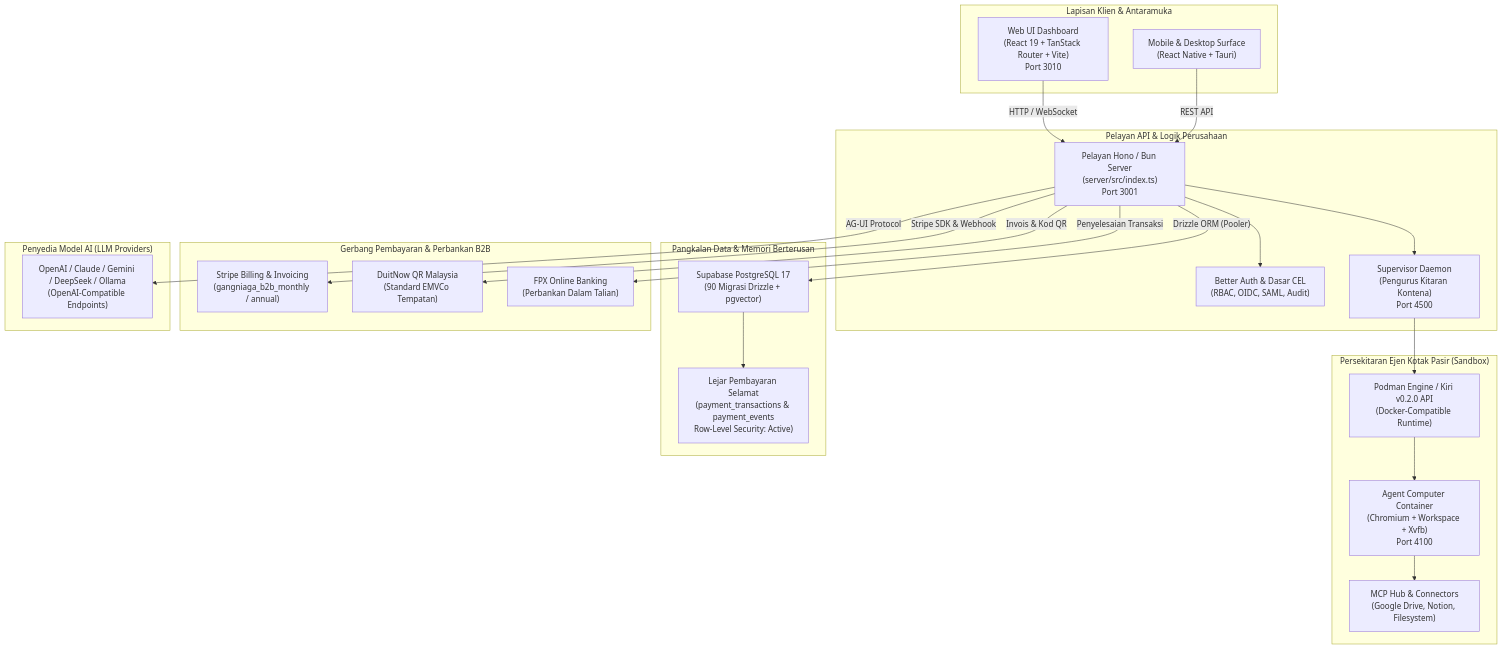
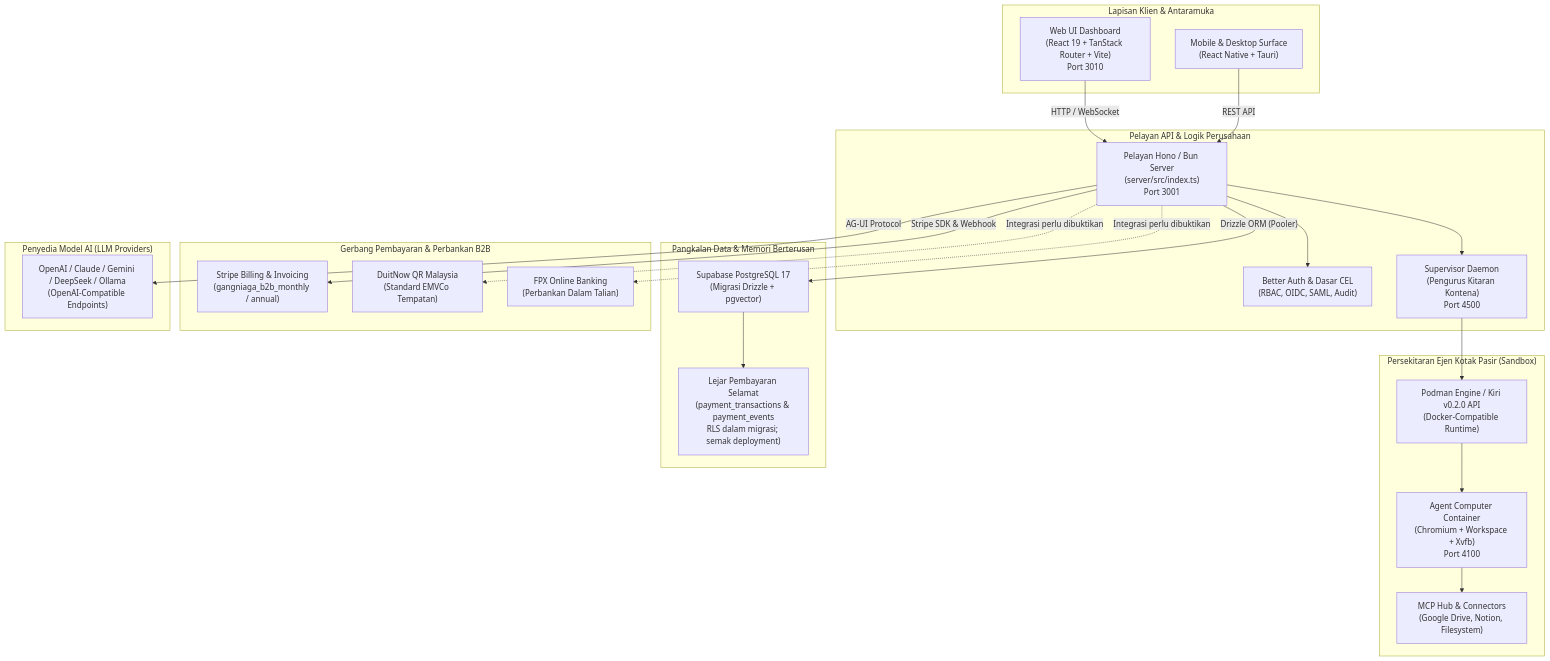
The diagram in README.md (GangNiaga/GangNiagaBot), drawn with Mermaid before and after one commit. The commit also changed other lines of this file and 42 other files, not shown here.

First line of the commit message:
feat: payment ledger 0090, deployment secret gate, compose POSTGRES_PASSWORD, CI/release hardening, tool catalog + health API

````diff
--- a/README.md
+++ b/README.md
@@ -52,49 +52,49 @@
 ```mermaid
 flowchart TB
     subgraph ClientLayer["Lapisan Klien & Antaramuka"]
         UI["Web UI Dashboard\n(React 19 + TanStack Router + Vite)\nPort 3010"]
         Mobile["Mobile & Desktop Surface\n(React Native + Tauri)"]
     end
 
     subgraph BackendLayer["Pelayan API & Logik Perusahaan"]
         Server["Pelayan Hono / Bun Server\n(server/src/index.ts)\nPort 3001"]
         Auth["Better Auth & Dasar CEL\n(RBAC, OIDC, SAML, Audit)"]
         Supervisor["Supervisor Daemon\n(Pengurus Kitaran Kontena)\nPort 4500"]
     end
 
     subgraph SandboxLayer["Persekitaran Ejen Kotak Pasir (Sandbox)"]
         PodmanRuntime["Podman Engine / Kiri v0.2.0 API\n(Docker-Compatible Runtime)"]
         AgentContainer["Agent Computer Container\n(Chromium + Workspace + Xvfb)\nPort 4100"]
         MCPTools["MCP Hub & Connectors\n(Google Drive, Notion, Filesystem)"]
     end
 
     subgraph DatabaseLayer["Pangkalan Data & Memori Berterusan"]
-        SupabasePG["Supabase PostgreSQL 17\n(90 Migrasi Drizzle + pgvector)"]
-        RLSLedger["Lejar Pembayaran Selamat\n(payment_transactions & payment_events\nRow-Level Security: Active)"]
+        SupabasePG["Supabase PostgreSQL 17\n(Migrasi Drizzle + pgvector)"]
+        RLSLedger["Lejar Pembayaran Selamat\n(payment_transactions & payment_events\nRLS dalam migrasi; semak deployment)"]
     end
 
     subgraph PaymentLayer["Gerbang Pembayaran & Perbankan B2B"]
         StripeGateway["Stripe Billing & Invoicing\n(gangniaga_b2b_monthly / annual)"]
         DuitNowQR["DuitNow QR Malaysia\n(Standard EMVCo Tempatan)"]
         FPXGateway["FPX Online Banking\n(Perbankan Dalam Talian)"]
     end
 
     subgraph ModelLayer["Penyedia Model AI (LLM Providers)"]
         LLMs["OpenAI / Claude / Gemini / DeepSeek / Ollama\n(OpenAI-Compatible Endpoints)"]
     end
 
     %% Aliran Sambungan
     UI -->|"HTTP / WebSocket"| Server
     Mobile -->|"REST API"| Server
     Server --> Auth
     Server --> Supervisor
     Supervisor --> PodmanRuntime
     PodmanRuntime --> AgentContainer
     AgentContainer --> MCPTools
     Server -->|"Drizzle ORM (Pooler)"| SupabasePG
     SupabasePG --> RLSLedger
     Server -->|"Stripe SDK & Webhook"| StripeGateway
-    Server -->|"Invois & Kod QR"| DuitNowQR
-    Server -->|"Penyelesaian Transaksi"| FPXGateway
+    Server -.->|"Integrasi perlu dibuktikan"| DuitNowQR
+    Server -.->|"Integrasi perlu dibuktikan"| FPXGateway
     Server -->|"AG-UI Protocol"| LLMs
 ```
````
